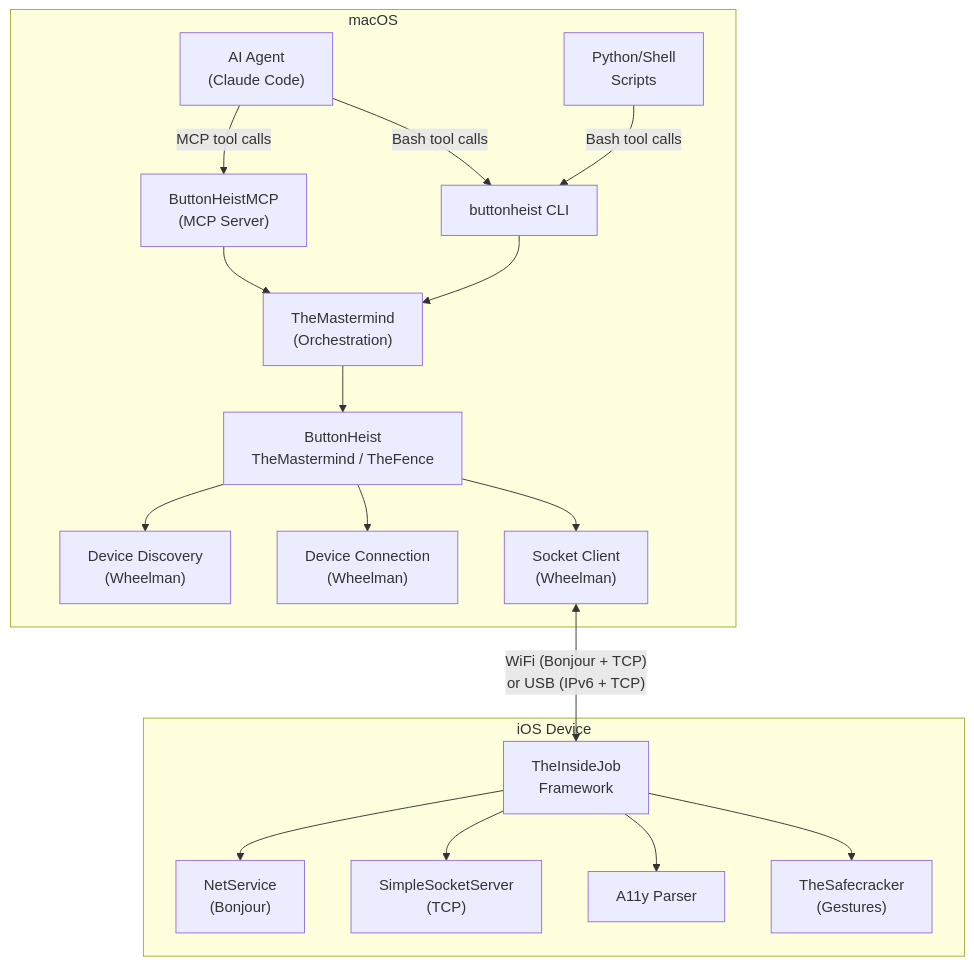
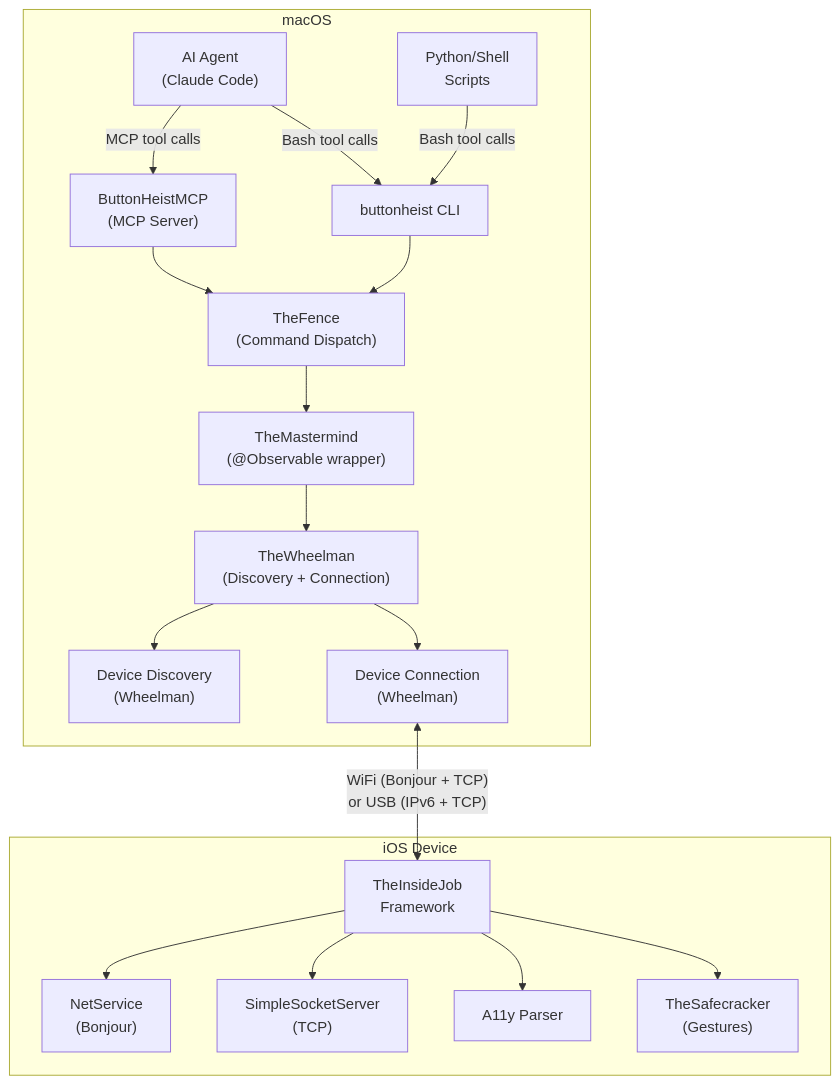
Before and after one commit to RoyalPineapple/TheButtonHeist: the first of 7 diagrams in docs/ARCHITECTURE.md, drawn with Mermaid. The commit also changed other lines of this file and 15 other files, not shown here.

````diff
--- a/docs/ARCHITECTURE.md
+++ b/docs/ARCHITECTURE.md
@@ -17,23 +17,23 @@
 ```mermaid
 graph TB
     subgraph mac["macOS"]
         Agent["AI Agent<br>(Claude Code)"] -->|MCP tool calls| MCP["ButtonHeistMCP<br>(MCP Server)"]
         Agent -->|Bash tool calls| CLI["buttonheist CLI"]
         Scripts["Python/Shell<br>Scripts"] -->|Bash tool calls| CLI
-        MCP --> TM["TheMastermind<br>(Orchestration)"]
-        CLI --> TM
-        TM --> HC["ButtonHeist<br>TheMastermind / TheFence"]
-        HC --> DD["Device Discovery<br>(Wheelman)"]
-        HC --> DC["Device Connection<br>(Wheelman)"]
-        HC --> Socket["Socket Client<br>(Wheelman)"]
+        MCP --> TF["TheFence<br>(Command Dispatch)"]
+        CLI --> TF
+        TF --> TM["TheMastermind<br>(@Observable wrapper)"]
+        TM --> TW["TheWheelman<br>(Discovery + Connection)"]
+        TW --> DD["Device Discovery<br>(Wheelman)"]
+        TW --> DC["Device Connection<br>(Wheelman)"]
     end
 
-    Socket <-->|"WiFi (Bonjour + TCP)<br>or USB (IPv6 + TCP)"| IJ
+    DC <-->|"WiFi (Bonjour + TCP)<br>or USB (IPv6 + TCP)"| IJ
 
     subgraph ios["iOS Device"]
         IJ["TheInsideJob<br>Framework"] --> NS["NetService<br>(Bonjour)"]
         IJ --> SS["SimpleSocketServer<br>(TCP)"]
         IJ --> A11y["A11y Parser"]
         IJ --> TSC["TheSafecracker<br>(Gestures)"]
     end
 ```
````
